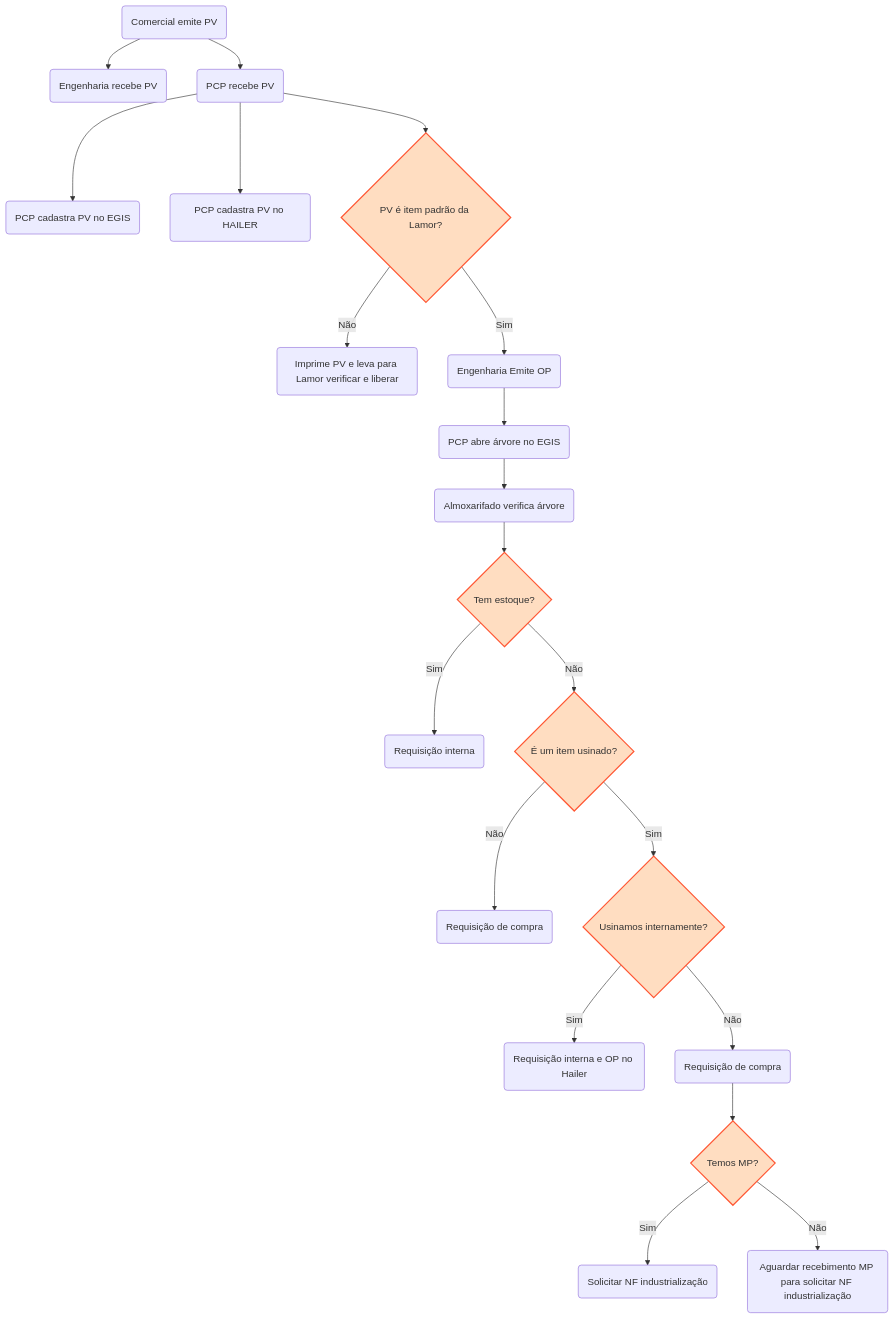
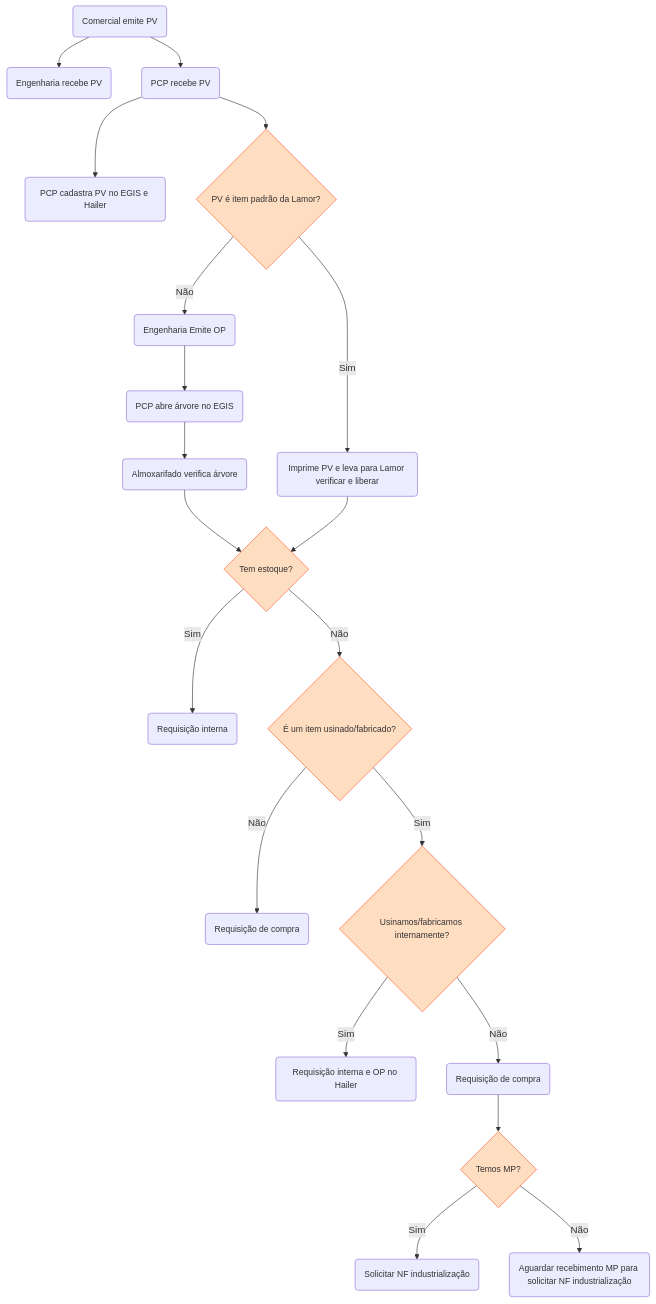
One commit to DiegoS-Nunes/Empresa changed the first of 2 diagrams in Guia de operações PCP rev.01.md. Above: the diagram before and after it, drawn with Mermaid. The commit also changed other lines of this file, not shown here.

````diff
--- a/Guia de operações PCP rev.01.md
+++ b/Guia de operações PCP rev.01.md
@@ -7,32 +7,35 @@
 ```mermaid
 flowchart TD
     %% Início do Processo
     A(Comercial emite PV) --> B(Engenharia recebe PV)
     A --> C(PCP recebe PV)
-    C --> D(PCP cadastra PV no EGIS)
-    C --> E(PCP cadastra PV no HAILER)
+    C --> D(PCP cadastra PV no EGIS e Hailer)
 
     %% Engenharia
     C --> F{PV é item padrão da Lamor?}
-    F --> |Não| G(Imprime PV e leva para Lamor verificar e liberar)
-    F --> |Sim| H(Engenharia Emite OP)
+    F --> |Sim| G(Imprime PV e leva para Lamor verificar e liberar)
+    F --> |Não| H(Engenharia Emite OP)
     H --> I(PCP abre árvore no EGIS)
     I --> J(Almoxarifado verifica árvore)
     J --> K{Tem estoque?}
     K -->|Sim| L(Requisição interna)
-    K -->|Não| M{É um item usinado?}
+    G --> K
+    K -->|Não| M{É um item usinado/fabricado?}
     M -->|Não| N(Requisição de compra)
-    M -->|Sim| O{Usinamos internamente?}
+    M -->|Sim| O{Usinamos/fabricamos internamente?}
     O -->|Sim| P(Requisição interna e OP no Hailer)
     O -->|Não| Q(Requisição de compra)
     Q --> R{Temos MP?}
     R -->|Sim| S(Solicitar NF industrialização)
     R -->|Não| T(Aguardar recebimento MP para solicitar NF industrialização)
 
     %% Definindo estilos
-    classDef decisao fill:#FFDDC1,stroke:#FF5733,stroke-width:2px
-    classDef processo fill:#C1FFD7,stroke:#28A745,stroke-width:2px
+    classDef decisao fill:#FFDDC1,stroke:#FF5733
+    classDef processo fill:#C1FFD7,stroke:#28A745
+    classDef fonte font-size:14px
 
     %% Aplicando as classes
     class F,K,M,O,R decisao
+
+    class A,B,C,D,E,F,G,H,I,J,K,L,M,N,O,P,Q,R,S,T fonte
 ```
````
